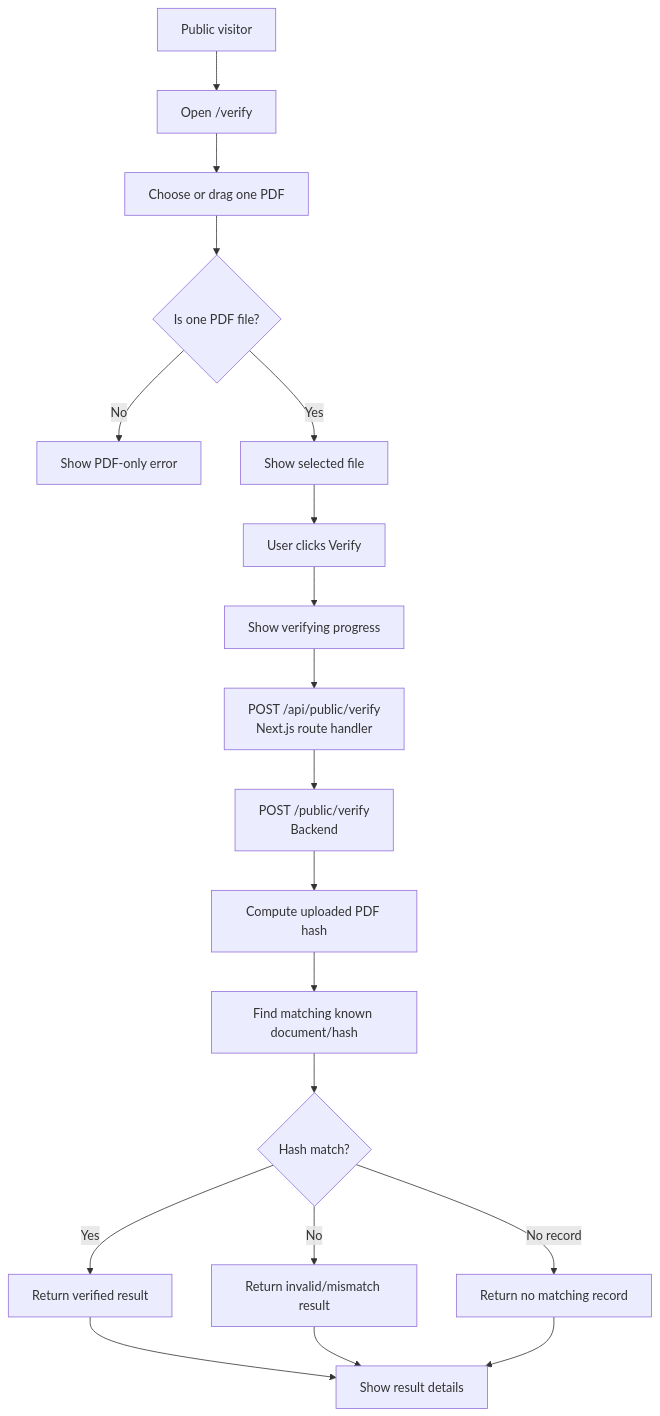
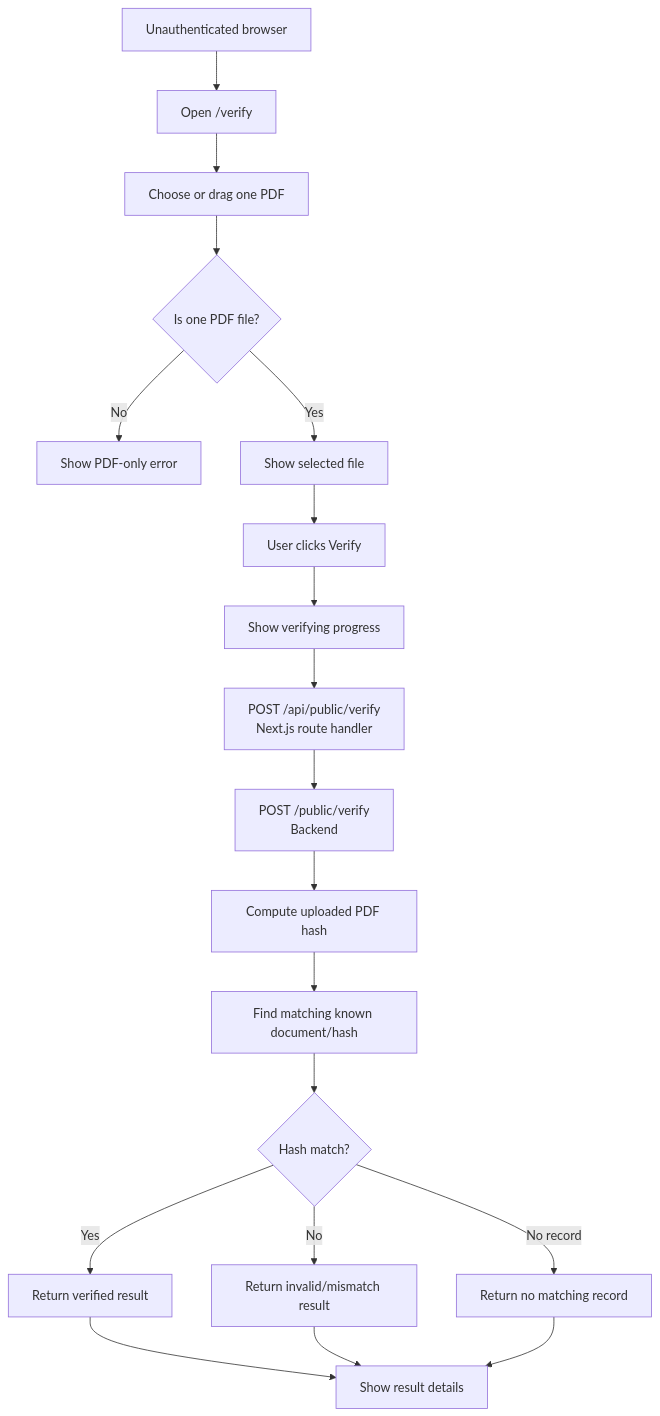
The eighth of 18 diagrams in docs/LEXCHAIN-WORKFLOW-FLOWCHARTS.md (agustinelumandong/LexChain), drawn with Mermaid before and after one commit. The commit also changed other lines of this file and 6 other files, not shown here.

````diff
--- a/docs/LEXCHAIN-WORKFLOW-FLOWCHARTS.md
+++ b/docs/LEXCHAIN-WORKFLOW-FLOWCHARTS.md
@@ -189,26 +191,26 @@
 ```mermaid
 flowchart TD
-  Visitor[Public visitor] --> VerifyPage[Open /verify]
+  Browser[Unauthenticated browser] --> VerifyPage[Open /verify]
   VerifyPage --> SelectFile[Choose or drag one PDF]
   SelectFile --> FileCheck{Is one PDF file?}
 
   FileCheck -- No --> FileError[Show PDF-only error]
   FileCheck -- Yes --> ShowSelected[Show selected file]
   ShowSelected --> ClickVerify[User clicks Verify]
 
   ClickVerify --> Loading[Show verifying progress]
   Loading --> NextRoute[POST /api/public/verify<br/>Next.js route handler]
   NextRoute --> Backend[POST /public/verify<br/>Backend]
 
   Backend --> ComputeHash[Compute uploaded PDF hash]
   ComputeHash --> Lookup[Find matching known document/hash]
   Lookup --> Compare{Hash match?}
 
   Compare -- Yes --> Verified[Return verified result]
   Compare -- No --> Invalid[Return invalid/mismatch result]
   Compare -- No record --> Unknown[Return no matching record]
 
   Verified --> ResultCard[Show result details]
   Invalid --> ResultCard
   Unknown --> ResultCard
 ```
````
